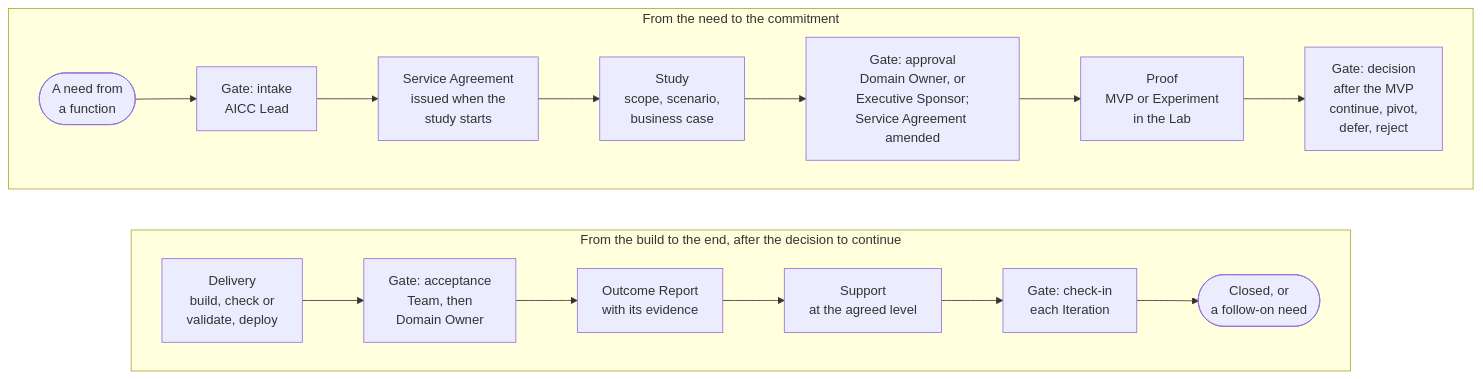
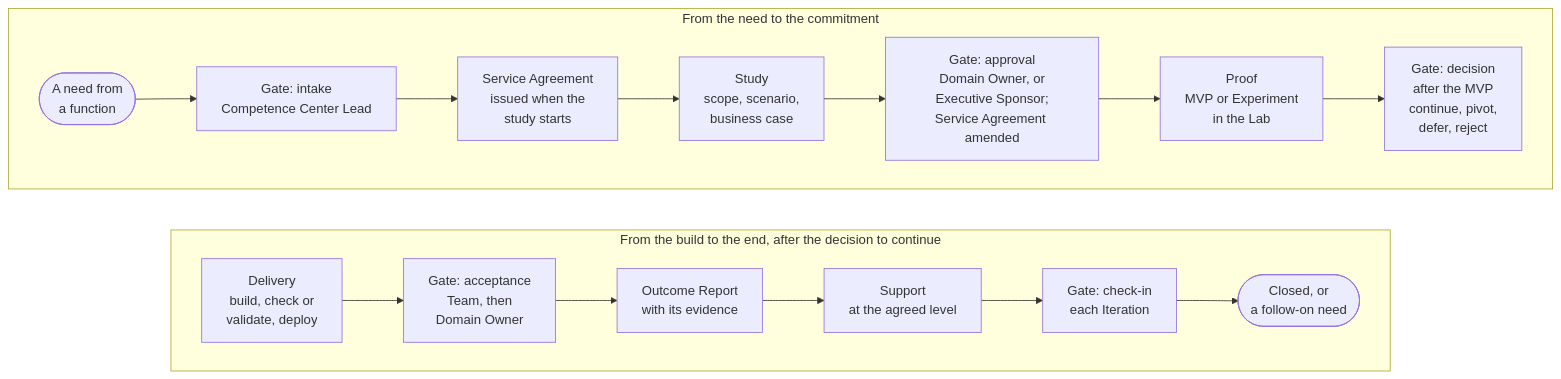
Before and after one commit to devhogu/ob-aicc: the diagram in portal/content/en/about/how-we-work.md, drawn with Mermaid. The commit also changed other lines of this file and 1149 other files, not shown here.

First line of the commit message:
The name Competence Center: AICC stays only as a code (DR-2026-066)

````diff
--- a/portal/content/en/about/how-we-work.md
+++ b/portal/content/en/about/how-we-work.md
@@ -9,21 +9,21 @@
 ```mermaid
 flowchart TB
   subgraph ROW1["From the need to the commitment"]
     direction LR
-    C(["A need from<br/>a function"]) --> G1["Gate: intake<br/>AICC Lead"]
+    C(["A need from<br/>a function"]) --> G1["Gate: intake<br/>Competence Center Lead"]
     G1 --> SA["Service Agreement<br/>issued when the<br/>study starts"]
     SA --> ST["Study<br/>scope, scenario,<br/>business case"]
     ST --> G2["Gate: approval<br/>Domain Owner, or<br/>Executive Sponsor;<br/>Service Agreement amended"]
     G2 --> MV["Proof<br/>MVP or Experiment<br/>in the Lab"]
     MV --> G3["Gate: decision<br/>after the MVP<br/>continue, pivot,<br/>defer, reject"]
   end
   subgraph ROW2["From the build to the end, after the decision to continue"]
     direction LR
     DL["Delivery<br/>build, check or<br/>validate, deploy"] --> G4["Gate: acceptance<br/>Team, then<br/>Domain Owner"]
     G4 --> OR["Outcome Report<br/>with its evidence"]
     OR --> SP["Support<br/>at the agreed level"]
     SP --> G5["Gate: check-in<br/>each Iteration"]
     G5 --> E(["Closed, or<br/>a follow-on need"])
   end
   ROW1 ~~~ ROW2
 ```
````
